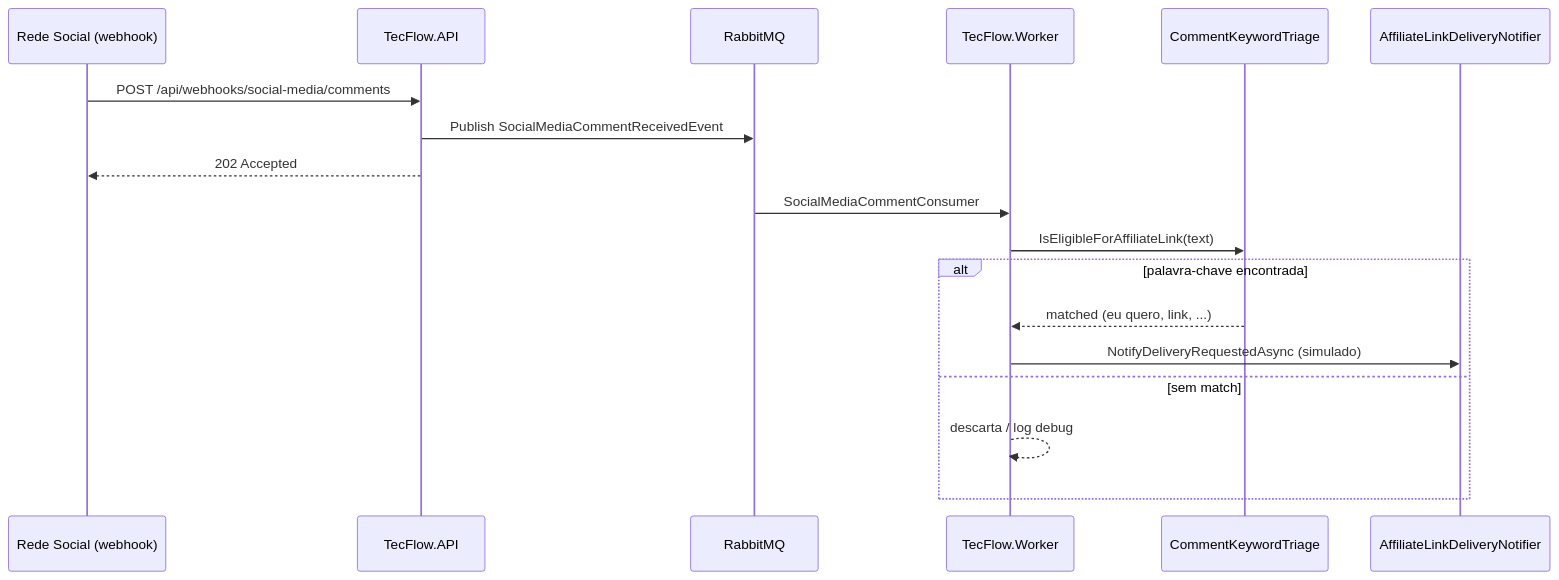
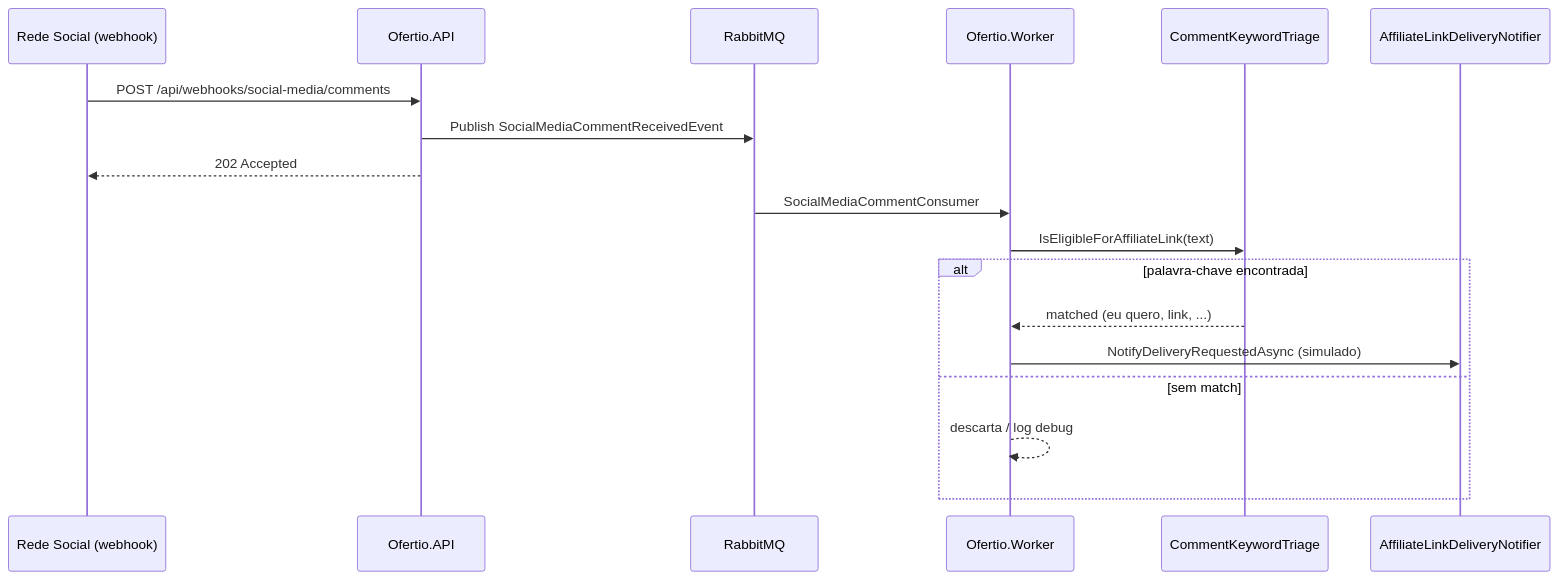
Diagram 11 of 29 in docs/DIAGRAMAS_ARQUITETURA.md (ronyaraujodeveloper/TecFlow), drawn with Mermaid before and after one commit. The commit also changed other lines of this file and 2495 other files, not shown here.

First line of the commit message:
refactor!: migra marca TecFlow para Ofertio

````diff
--- a/docs/DIAGRAMAS_ARQUITETURA.md
+++ b/docs/DIAGRAMAS_ARQUITETURA.md
@@ -1215,21 +1218,21 @@
 ```mermaid
 sequenceDiagram
   participant Rede as Rede Social (webhook)
-  participant API as TecFlow.API
+  participant API as Ofertio.API
   participant Bus as RabbitMQ
-  participant WRK as TecFlow.Worker
+  participant WRK as Ofertio.Worker
   participant Tri as CommentKeywordTriage
   participant Del as AffiliateLinkDeliveryNotifier
 
   Rede->>API: POST /api/webhooks/social-media/comments
   API->>Bus: Publish SocialMediaCommentReceivedEvent
   API-->>Rede: 202 Accepted
   Bus->>WRK: SocialMediaCommentConsumer
   WRK->>Tri: IsEligibleForAffiliateLink(text)
   alt palavra-chave encontrada
     Tri-->>WRK: matched (eu quero, link, ...)
     WRK->>Del: NotifyDeliveryRequestedAsync (simulado)
   else sem match
     WRK-->>WRK: descarta / log debug
   end
 ```
````
